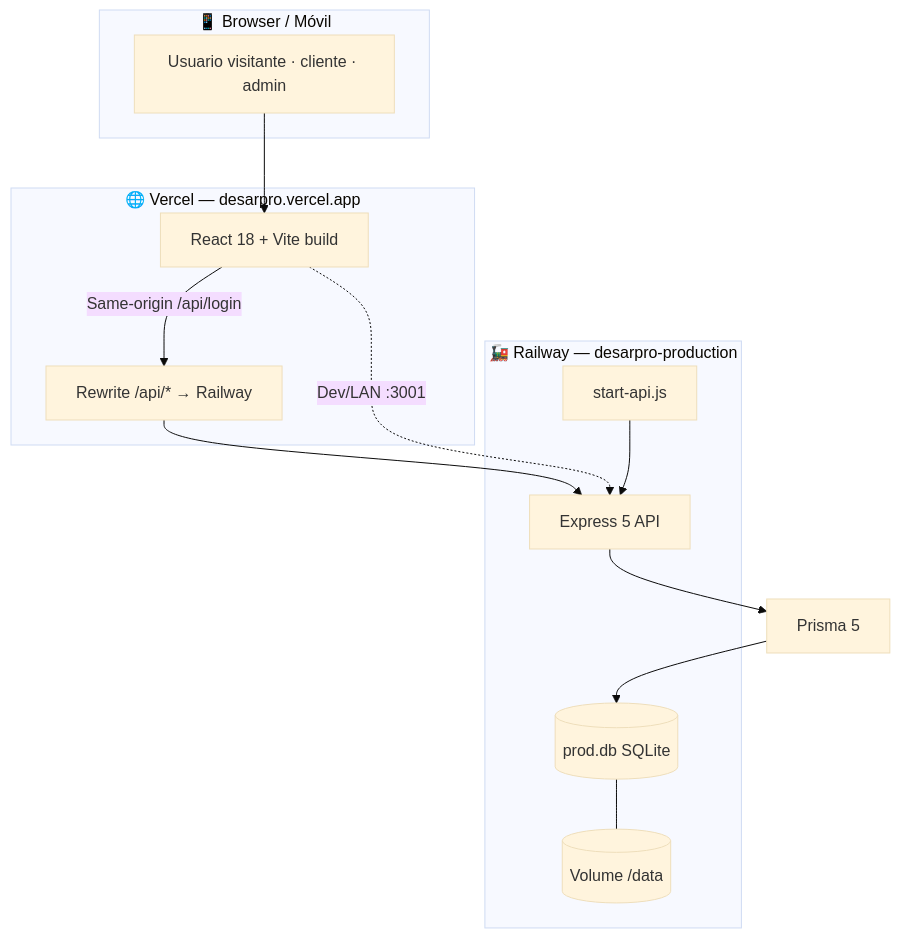
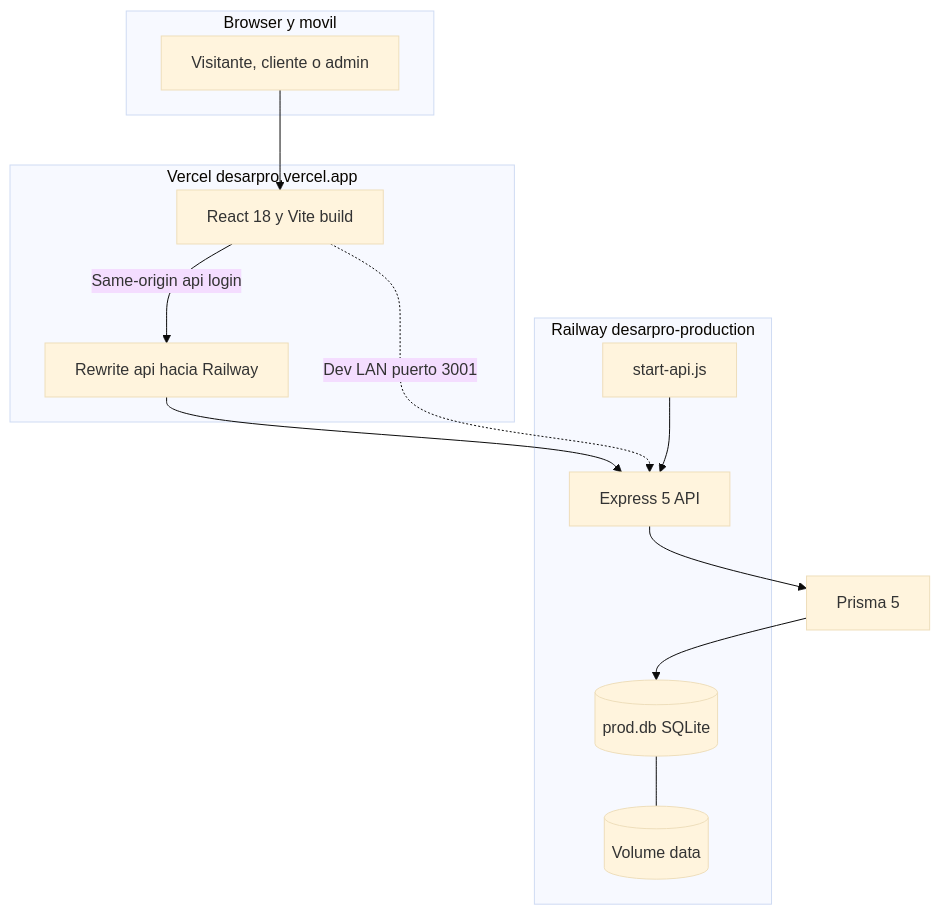
Before and after one commit to Alejostone1/Desarpro: the first of 10 diagrams in README.md, drawn with Mermaid (base theme). The commit also changed other lines of this file and 4 other files, not shown here.

Commit message:
Docs: README completo con galeria de capturas y Mermaid compatible GitHub.

````diff
--- a/README.md
+++ b/README.md
@@ -151,27 +208,27 @@
 ```mermaid
 graph TB
-    subgraph VER["🌐 Vercel — desarpro.vercel.app"]
-        FE["React 18 + Vite build"]
-        PROXY["Rewrite /api/* → Railway"]
+    subgraph VER ["Vercel desarpro.vercel.app"]
+        FE["React 18 y Vite build"]
+        PROXY["Rewrite api hacia Railway"]
     end
 
-    subgraph MOB["📱 Browser / Móvil"]
-        USER["Usuario visitante · cliente · admin"]
+    subgraph MOB ["Browser y movil"]
+        USER["Visitante, cliente o admin"]
     end
 
-    subgraph RW["🚂 Railway — desarpro-production"]
+    subgraph RW ["Railway desarpro-production"]
         EX["Express 5 API"]
         SA["start-api.js"]
-        VOL[("Volume /data")]
+        VOL[("Volume data")]
         DB[("prod.db SQLite")]
     end
 
     USER --> FE
-    FE -->|"Same-origin /api/login"| PROXY
+    FE -->|"Same-origin api login"| PROXY
     PROXY --> EX
-    FE -.->|"Dev/LAN :3001"| EX
+    FE -.->|"Dev LAN puerto 3001"| EX
     SA --> EX
     EX --> PRISMA["Prisma 5"]
     PRISMA --> DB
     DB --- VOL
 ```
````
